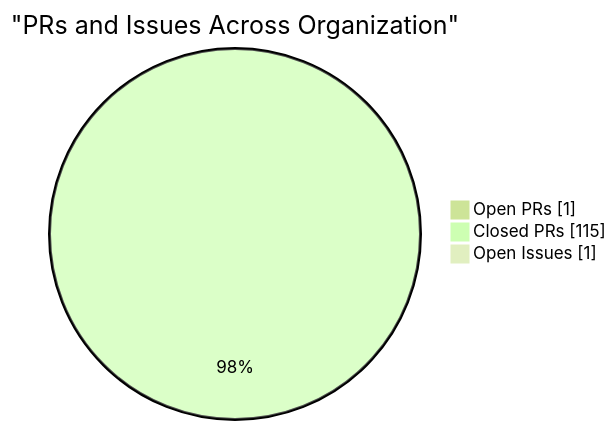
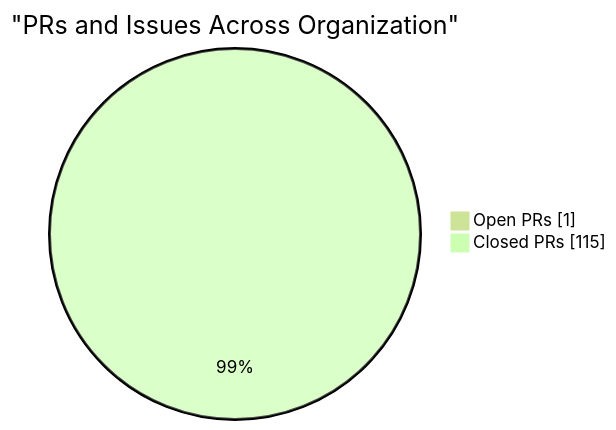
The fourth of 4 diagrams in profile/README.md (CSTH-Projects/.github), drawn with Mermaid (forest theme) before and after one commit. The commit also changed other lines of this file, not shown here.

````diff
--- a/profile/README.md
+++ b/profile/README.md
@@ -100,7 +100,6 @@
 ```mermaid
 pie showData
     title "PRs and Issues Across Organization"
     "Open PRs" : 1
     "Closed PRs" : 115
-    "Open Issues" : 1
 ```
````
